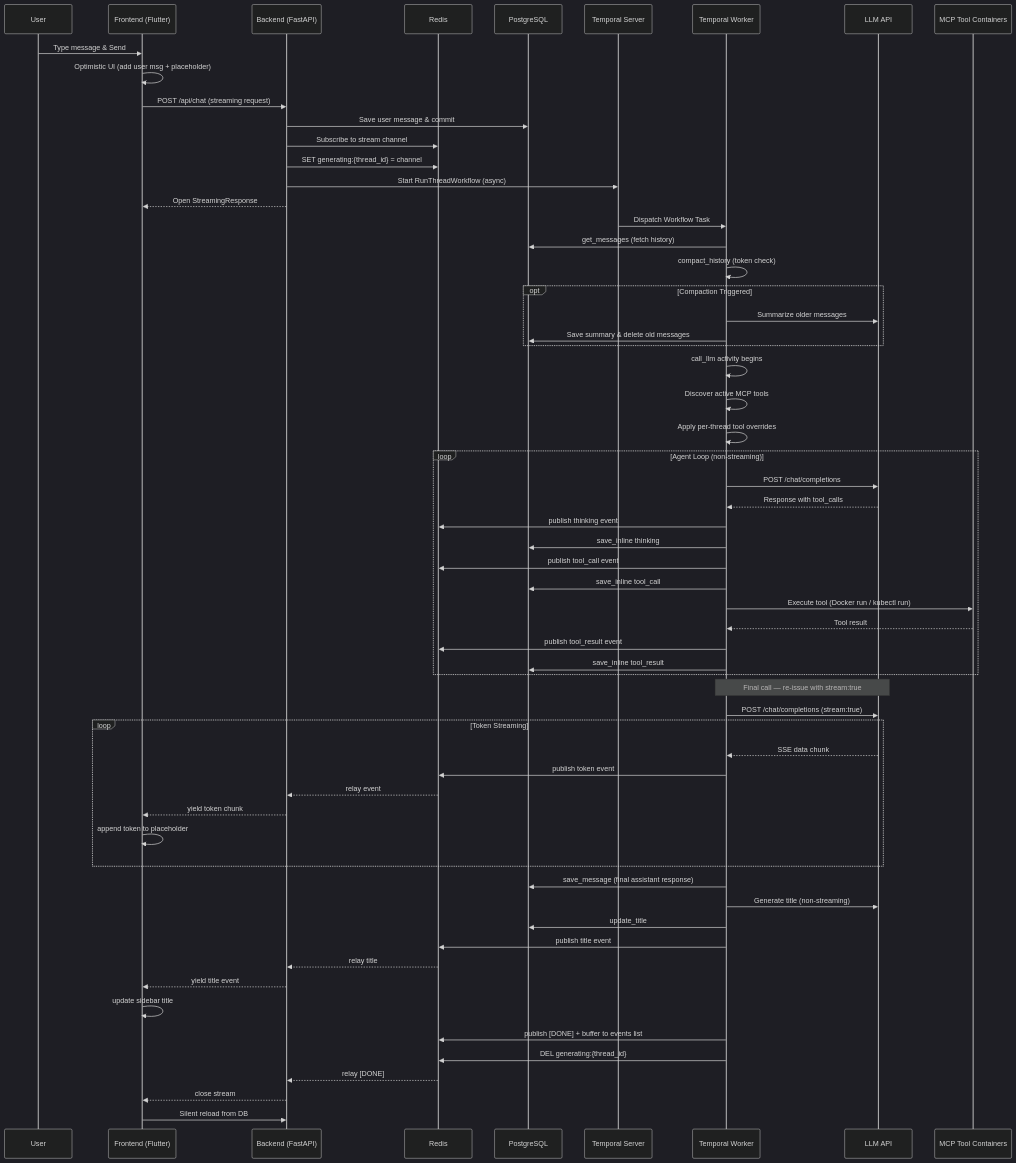
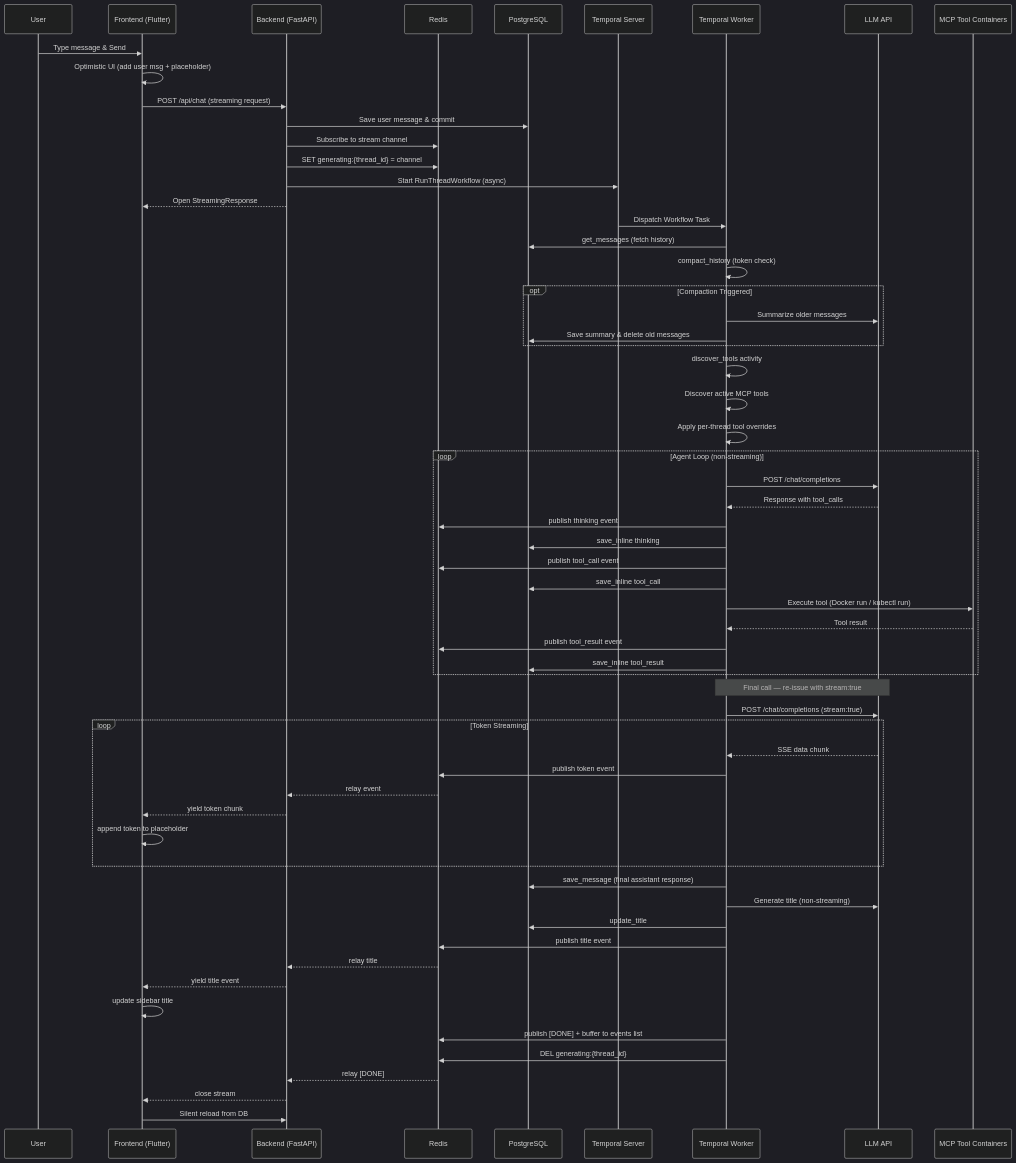
The diagram in DESIGN.md (GethosTheWalrus/thread-bot), drawn with Mermaid (dark theme) before and after one commit. The commit also changed other lines of this file and 5 other files, not shown here.

````diff
--- a/DESIGN.md
+++ b/DESIGN.md
@@ -241,70 +247,70 @@
 ```mermaid
 sequenceDiagram
     participant U as User
     participant F as Frontend (Flutter)
     participant B as Backend (FastAPI)
     participant R as Redis
     participant DB as PostgreSQL
     participant T as Temporal Server
     participant W as Temporal Worker
     participant L as LLM API
     participant MCP as MCP Tool Containers
 
     U->>F: Type message & Send
     F->>F: Optimistic UI (add user msg + placeholder)
     F->>B: POST /api/chat (streaming request)
     B->>DB: Save user message & commit
     B->>R: Subscribe to stream channel
     B->>R: SET generating:{thread_id} = channel
     B->>T: Start RunThreadWorkflow (async)
     B-->>F: Open StreamingResponse
 
     T->>W: Dispatch Workflow Task
     W->>DB: get_messages (fetch history)
     W->>W: compact_history (token check)
     opt Compaction Triggered
         W->>L: Summarize older messages
         W->>DB: Save summary & delete old messages
     end
 
-    W->>W: call_llm activity begins
+    W->>W: discover_tools activity
     W->>W: Discover active MCP tools
     W->>W: Apply per-thread tool overrides
 
     loop Agent Loop (non-streaming)
         W->>L: POST /chat/completions
         L-->>W: Response with tool_calls
         W->>R: publish thinking event
         W->>DB: save_inline thinking
         W->>R: publish tool_call event
         W->>DB: save_inline tool_call
         W->>MCP: Execute tool (Docker run / kubectl run)
         MCP-->>W: Tool result
         W->>R: publish tool_result event
         W->>DB: save_inline tool_result
     end
 
     Note over W,L: Final call — re-issue with stream:true
     W->>L: POST /chat/completions (stream:true)
     loop Token Streaming
         L-->>W: SSE data chunk
         W->>R: publish token event
         R-->>B: relay event
         B-->>F: yield token chunk
         F->>F: append token to placeholder
     end
 
     W->>DB: save_message (final assistant response)
     W->>L: Generate title (non-streaming)
     W->>DB: update_title
     W->>R: publish title event
     R-->>B: relay title
     B-->>F: yield title event
     F->>F: update sidebar title
 
     W->>R: publish [DONE] + buffer to events list
     W->>R: DEL generating:{thread_id}
     R-->>B: relay [DONE]
     B-->>F: close stream
     F->>B: Silent reload from DB
 ```
````
